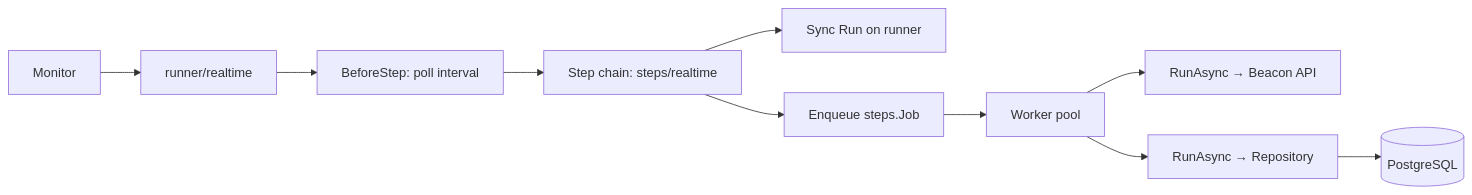
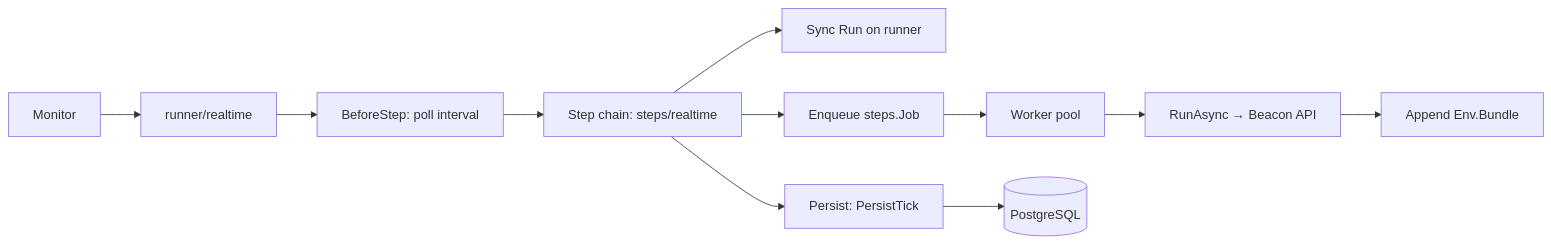
One commit to tharun-p/pauli changed the diagram in readme.md. Above: the diagram before and after it, drawn with Mermaid. The commit also changed other lines of this file and 12 other files, not shown here.

````diff
--- a/readme.md
+++ b/readme.md
@@ -130,12 +132,13 @@
 ```mermaid
 flowchart LR
     A[Monitor] --> B[runner/realtime]
     B --> C[BeforeStep: poll interval]
     C --> D[Step chain: steps/realtime]
     D --> E[Sync Run on runner]
     D --> F[Enqueue steps.Job]
     F --> G[Worker pool]
     G --> H[RunAsync → Beacon API]
-    G --> I[RunAsync → Repository]
-    I --> J[(PostgreSQL)]
+    H --> I[Append Env.Bundle]
+    D --> P[Persist: PersistTick]
+    P --> J[(PostgreSQL)]
 ```
````
